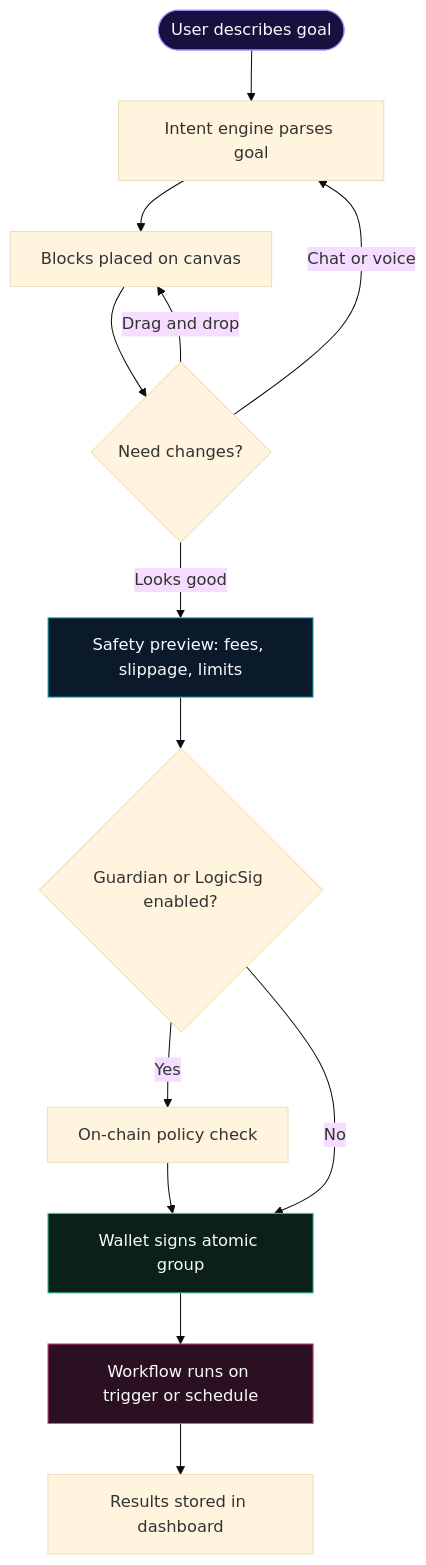
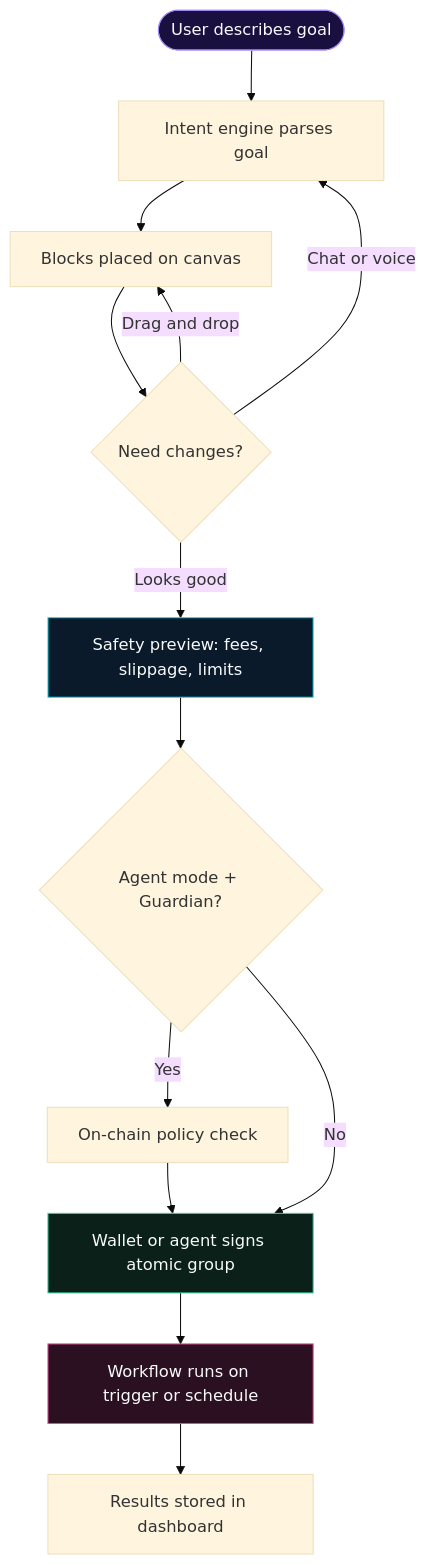
Before and after one commit to DarshanKrishna-DK/Zuik: the third of 4 diagrams in README.md, drawn with Mermaid (base theme). The commit also changed other lines of this file and 111 other files, not shown here.

Commit message:
Removed LogicSig and Simplified the approach with Agent wallets

````diff
--- a/README.md
+++ b/README.md
@@ -230,20 +229,20 @@
 ```mermaid
 flowchart TD
     START(["User describes goal"]) --> PARSE["Intent engine parses goal"]
     PARSE --> MATERIALIZE["Blocks placed on canvas"]
     MATERIALIZE --> REFINE{"Need changes?"}
     REFINE -->|"Chat or voice"| PARSE
     REFINE -->|"Drag and drop"| MATERIALIZE
     REFINE -->|"Looks good"| PREVIEW["Safety preview: fees, slippage, limits"]
-    PREVIEW --> POLICY{"Guardian or LogicSig enabled?"}
+    PREVIEW --> POLICY{"Agent mode + Guardian?"}
     POLICY -->|"Yes"| VERIFY["On-chain policy check"]
     POLICY -->|"No"| SIGN
-    VERIFY --> SIGN["Wallet signs atomic group"]
+    VERIFY --> SIGN["Wallet or agent signs atomic group"]
     SIGN --> RUN["Workflow runs on trigger or schedule"]
     RUN --> HISTORY["Results stored in dashboard"]
 
     style START fill:#1a1040,stroke:#a78bfa,color:#f8fafc
     style PREVIEW fill:#0a1a2a,stroke:#00e5ff,color:#f8fafc
     style SIGN fill:#0a2018,stroke:#34d399,color:#f8fafc
     style RUN fill:#2a1020,stroke:#ec4899,color:#f8fafc
 ```
````
